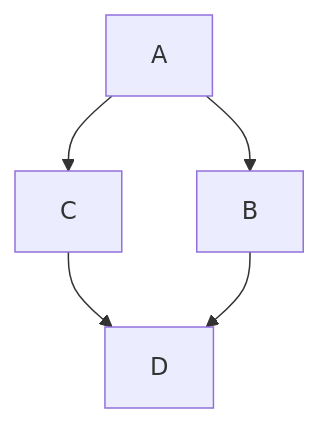
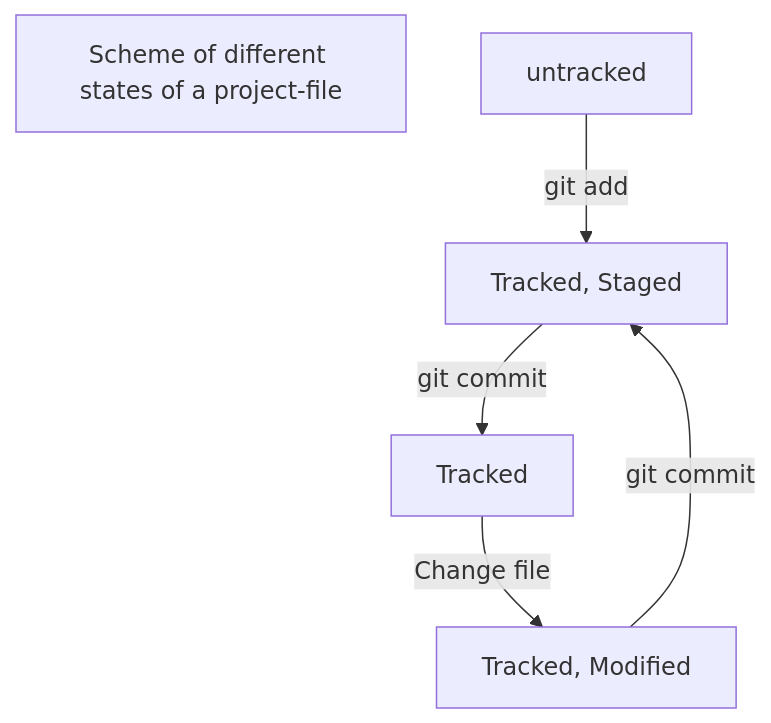
One commit to Skypan322/Git_Tutorial changed the diagram in example_mermaid_scheme.md. Above: the diagram before and after it, drawn with Mermaid.

Commit message:
Добавить схему изменения состояний файлов в проекте

````diff
--- a/example_mermaid_scheme.md
+++ b/example_mermaid_scheme.md
@@ -5,9 +5,10 @@
 ```mermaid
 %% Это пример, как должна выглядеть схема
-graph TD;
-	A-->B;
-	A-->C;
-	C-->D;
-	B-->D;
+flowchart TD;
+	start[Scheme of different states of a project-file]
+	A[untracked] -- git add --> B[Tracked, Staged];
+	B -- git commit --> C[Tracked];
+	C -- Change file --> D[Tracked, Modified];
+	D -- git commit --> B;
 
 ```
````
